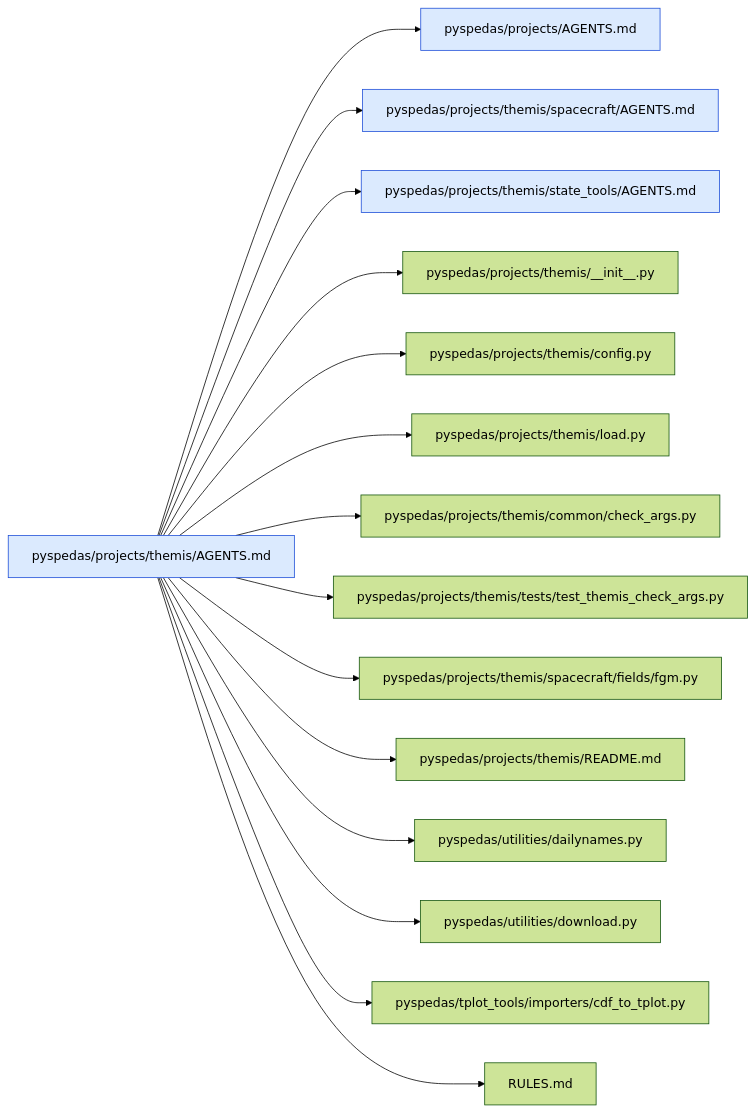
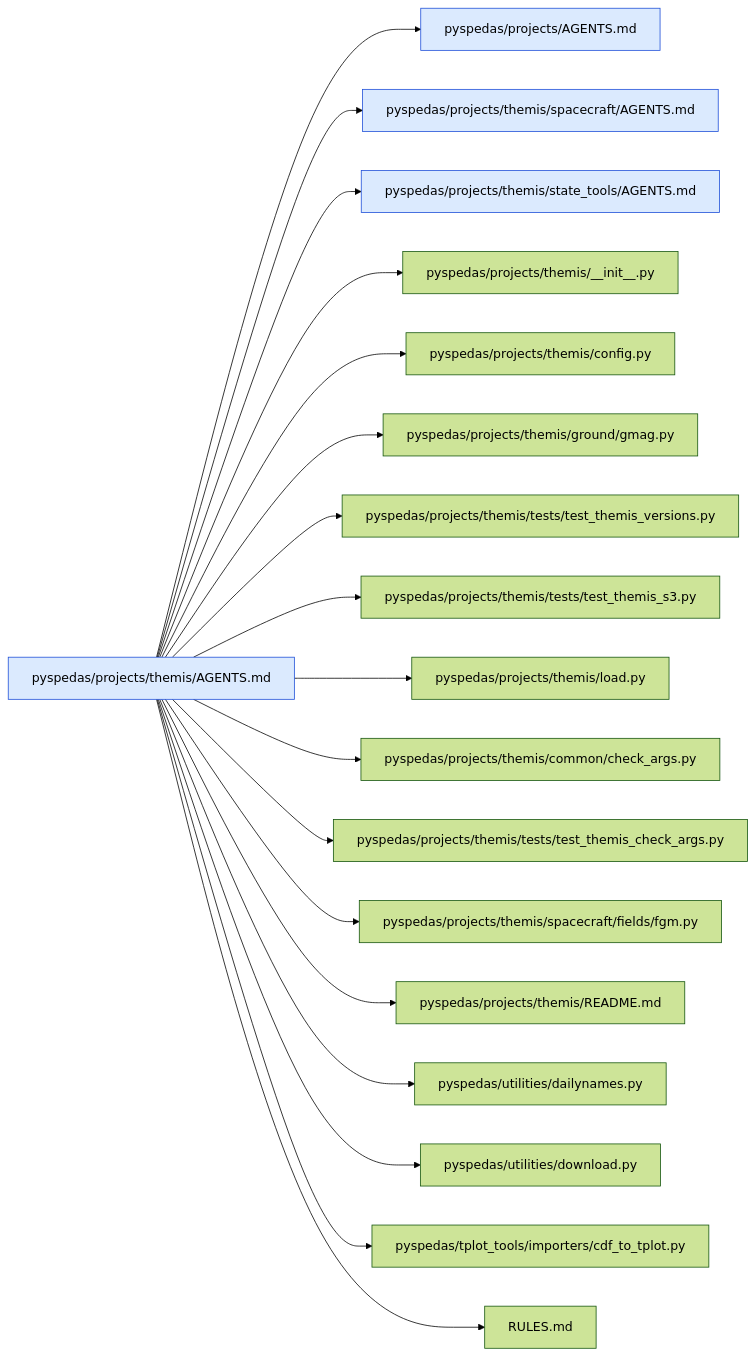
Diagram 35 of 44 in .agents/map/MAP.md (spedas/pyspedas), drawn with Mermaid (forest theme) before and after one commit. The commit also changed other lines of this file and 10 other files, not shown here.

````diff
--- a/.agents/map/MAP.md
+++ b/.agents/map/MAP.md
@@ -1326,20 +1327,23 @@
 ```mermaid
 graph LR
   classDef agents fill:#dbeafe,stroke:#1d4ed8
   classDef missing fill:#fee2e2,stroke:#b91c1c,stroke-dasharray:4
   self["pyspedas/projects/themis/AGENTS.md"]:::agents
   self --> r0["pyspedas/projects/AGENTS.md"]:::agents
   self --> r1["pyspedas/projects/themis/spacecraft/AGENTS.md"]:::agents
   self --> r2["pyspedas/projects/themis/state_tools/AGENTS.md"]:::agents
   self --> r3["pyspedas/projects/themis/__init__.py"]
   self --> r4["pyspedas/projects/themis/config.py"]
-  self --> r5["pyspedas/projects/themis/load.py"]
-  self --> r6["pyspedas/projects/themis/common/check_args.py"]
-  self --> r7["pyspedas/projects/themis/tests/test_themis_check_args.py"]
-  self --> r8["pyspedas/projects/themis/spacecraft/fields/fgm.py"]
-  self --> r9["pyspedas/projects/themis/README.md"]
-  self --> r10["pyspedas/utilities/dailynames.py"]
-  self --> r11["pyspedas/utilities/download.py"]
-  self --> r12["pyspedas/tplot_tools/importers/cdf_to_tplot.py"]
-  self --> r13["RULES.md"]
+  self --> r5["pyspedas/projects/themis/ground/gmag.py"]
+  self --> r6["pyspedas/projects/themis/tests/test_themis_versions.py"]
+  self --> r7["pyspedas/projects/themis/tests/test_themis_s3.py"]
+  self --> r8["pyspedas/projects/themis/load.py"]
+  self --> r9["pyspedas/projects/themis/common/check_args.py"]
+  self --> r10["pyspedas/projects/themis/tests/test_themis_check_args.py"]
+  self --> r11["pyspedas/projects/themis/spacecraft/fields/fgm.py"]
+  self --> r12["pyspedas/projects/themis/README.md"]
+  self --> r13["pyspedas/utilities/dailynames.py"]
+  self --> r14["pyspedas/utilities/download.py"]
+  self --> r15["pyspedas/tplot_tools/importers/cdf_to_tplot.py"]
+  self --> r16["RULES.md"]
 ```
````
